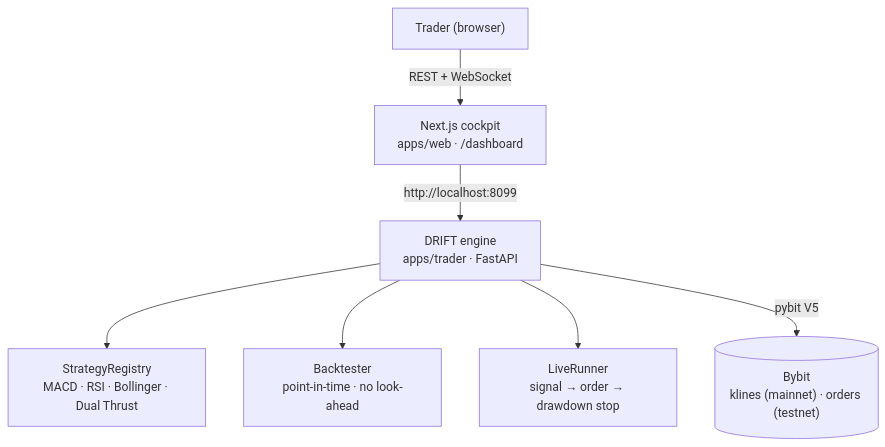
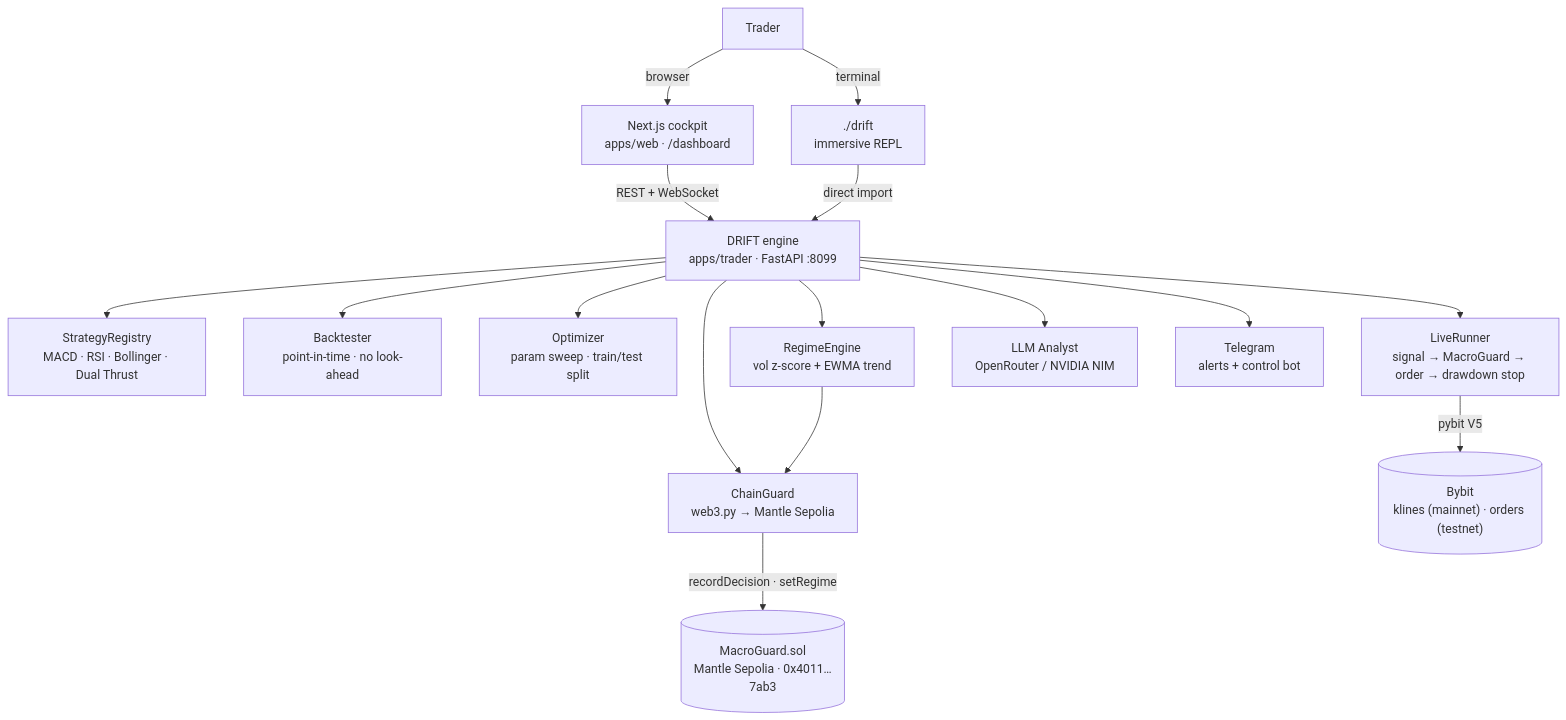
The diagram in README.md (daiwikmh/drift), drawn with Mermaid before and after one commit. The commit also changed other lines of this file and 138 other files, not shown here.

````diff
--- a/README.md
+++ b/README.md
@@ -65,10 +83,22 @@
 ```mermaid
 graph TD
-  U["Trader (browser)"] -->|"REST + WebSocket"| W["Next.js cockpit<br/>apps/web · /dashboard"]
-  W -->|"http://localhost:8099"| E["DRIFT engine<br/>apps/trader · FastAPI"]
+  U["Trader"] -->|"browser"| W["Next.js cockpit<br/>apps/web · /dashboard"]
+  U -->|"terminal"| CLI["./drift<br/>immersive REPL"]
+  W -->|"REST + WebSocket"| E
+  CLI -->|"direct import"| E
+
+  E["DRIFT engine<br/>apps/trader · FastAPI :8099"]
 
   E --> SR["StrategyRegistry<br/>MACD · RSI · Bollinger · Dual Thrust"]
   E --> BT["Backtester<br/>point-in-time · no look-ahead"]
-  E --> LR["LiveRunner<br/>signal → order → drawdown stop"]
-  E -->|"pybit V5"| BY[("Bybit<br/>klines (mainnet) · orders (testnet)")]
+  E --> OPT["Optimizer<br/>param sweep · train/test split"]
+  E --> LR["LiveRunner<br/>signal → MacroGuard → order → drawdown stop"]
+  E --> REG["RegimeEngine<br/>vol z-score + EWMA trend"]
+  E --> LLM["LLM Analyst<br/>OpenRouter / NVIDIA NIM"]
+  E --> TG["Telegram<br/>alerts + control bot"]
+  E --> CG["ChainGuard<br/>web3.py → Mantle Sepolia"]
+
+  LR -->|"pybit V5"| BY[("Bybit<br/>klines (mainnet) · orders (testnet)")]
+  CG -->|"recordDecision · setRegime"| MG[("MacroGuard.sol<br/>Mantle Sepolia · 0x4011…7ab3")]
+  REG --> CG
 ```
````
